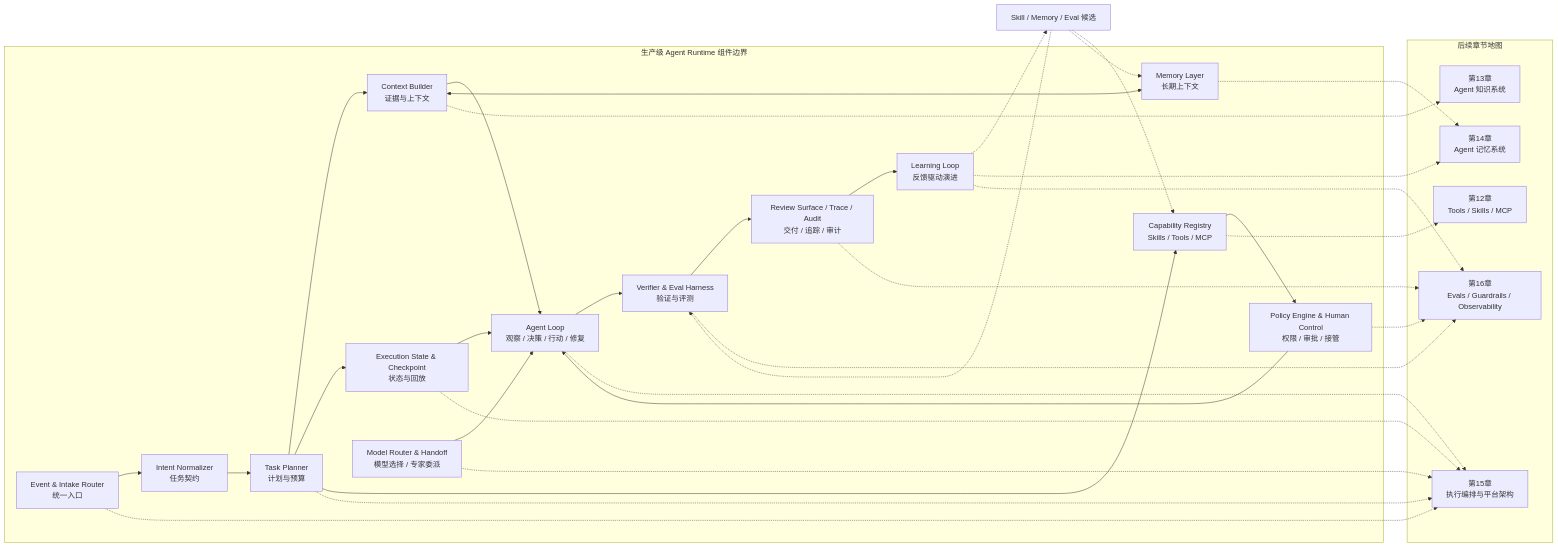
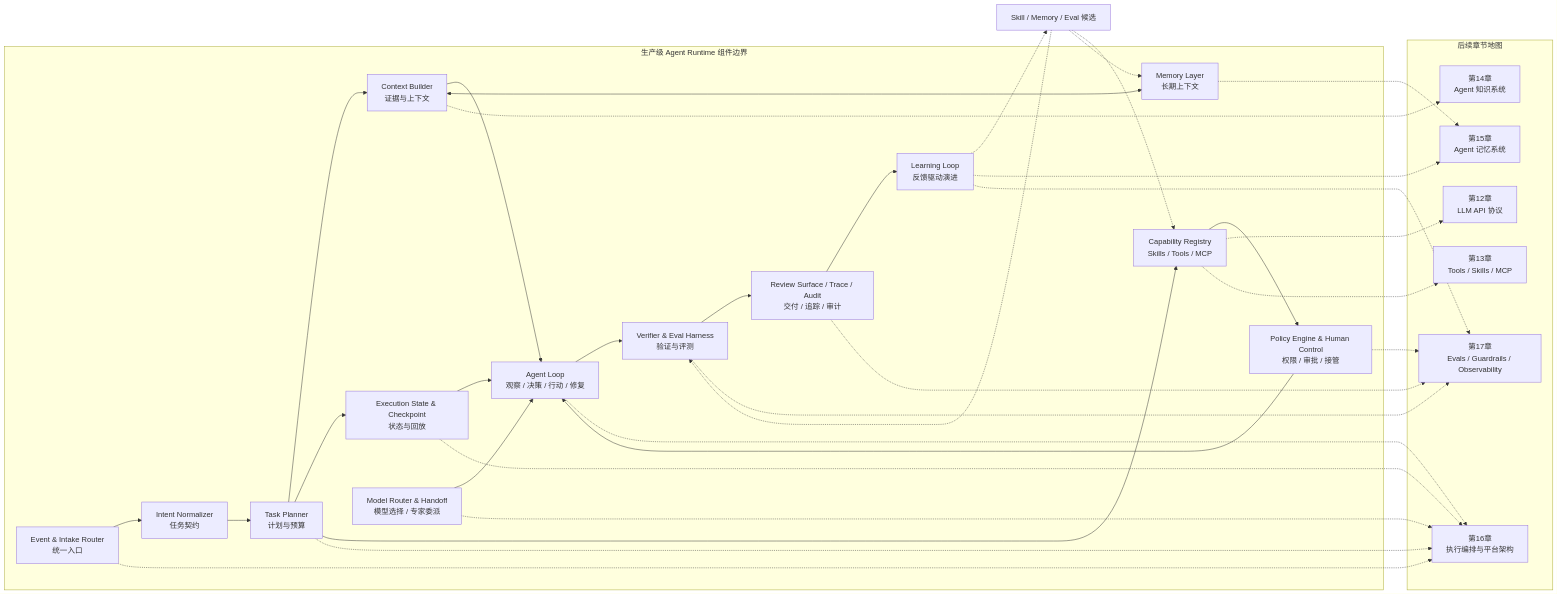
The eighth of 25 diagrams in books/ai-book/src/part2/01-agent-architecture.md (wxquare/wxquare.github.io), drawn with Mermaid before and after one commit. The commit also changed other lines of this file and 60 other files, not shown here.

````diff
--- a/books/ai-book/src/part2/01-agent-architecture.md
+++ b/books/ai-book/src/part2/01-agent-architecture.md
@@ -695,53 +695,55 @@
 ```mermaid
 flowchart LR
     subgraph Runtime["生产级 Agent Runtime 组件边界"]
         Intake["Event & Intake Router<br/>统一入口"]
         Intent["Intent Normalizer<br/>任务契约"]
         Planner["Task Planner<br/>计划与预算"]
         Context["Context Builder<br/>证据与上下文"]
         Memory["Memory Layer<br/>长期上下文"]
         State["Execution State & Checkpoint<br/>状态与回放"]
         Capability["Capability Registry<br/>Skills / Tools / MCP"]
         Policy["Policy Engine & Human Control<br/>权限 / 审批 / 接管"]
         Loop["Agent Loop<br/>观察 / 决策 / 行动 / 修复"]
         Router["Model Router & Handoff<br/>模型选择 / 专家委派"]
         Verify["Verifier & Eval Harness<br/>验证与评测"]
         Review["Review Surface / Trace / Audit<br/>交付 / 追踪 / 审计"]
         Learn["Learning Loop<br/>反馈驱动演进"]
     end
 
     subgraph Chapters["后续章节地图"]
-        C6["第12章<br/>Tools / Skills / MCP"]
-        C7["第13章<br/>Agent 知识系统"]
-        C8["第14章<br/>Agent 记忆系统"]
-        C9["第15章<br/>执行编排与平台架构"]
-        C10["第16章<br/>Evals / Guardrails / Observability"]
+        C6["第12章<br/>LLM API 协议"]
+        C7["第13章<br/>Tools / Skills / MCP"]
+        C8["第14章<br/>Agent 知识系统"]
+        C9["第15章<br/>Agent 记忆系统"]
+        C10["第16章<br/>执行编排与平台架构"]
+        C11["第17章<br/>Evals / Guardrails / Observability"]
     end
 
     Intake --> Intent --> Planner --> Context --> Loop --> Verify --> Review
     Context <--> Memory
     Planner --> State
     State --> Loop
     Planner --> Capability
     Capability --> Policy --> Loop
     Router --> Loop
     Review --> Learn
     Learn -.-> SkillUpdate["Skill / Memory / Eval 候选"]
     SkillUpdate -.-> Capability
     SkillUpdate -.-> Memory
     SkillUpdate -.-> Verify
 
     Capability -.-> C6
-    Context -.-> C7
-    Memory -.-> C8
-    Intake -.-> C9
-    Planner -.-> C9
-    State -.-> C9
-    Loop -.-> C9
-    Router -.-> C9
-    Policy -.-> C10
-    Verify -.-> C10
-    Review -.-> C10
-    Learn -.-> C8
-    Learn -.-> C10
+    Capability -.-> C7
+    Context -.-> C8
+    Memory -.-> C9
+    Intake -.-> C10
+    Planner -.-> C10
+    State -.-> C10
+    Loop -.-> C10
+    Router -.-> C10
+    Policy -.-> C11
+    Verify -.-> C11
+    Review -.-> C11
+    Learn -.-> C9
+    Learn -.-> C11
 ```
````
